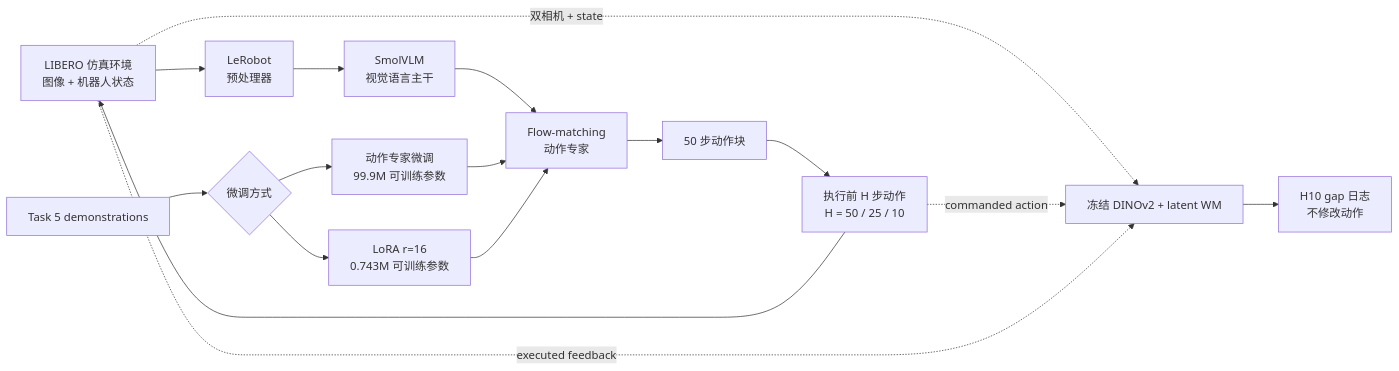
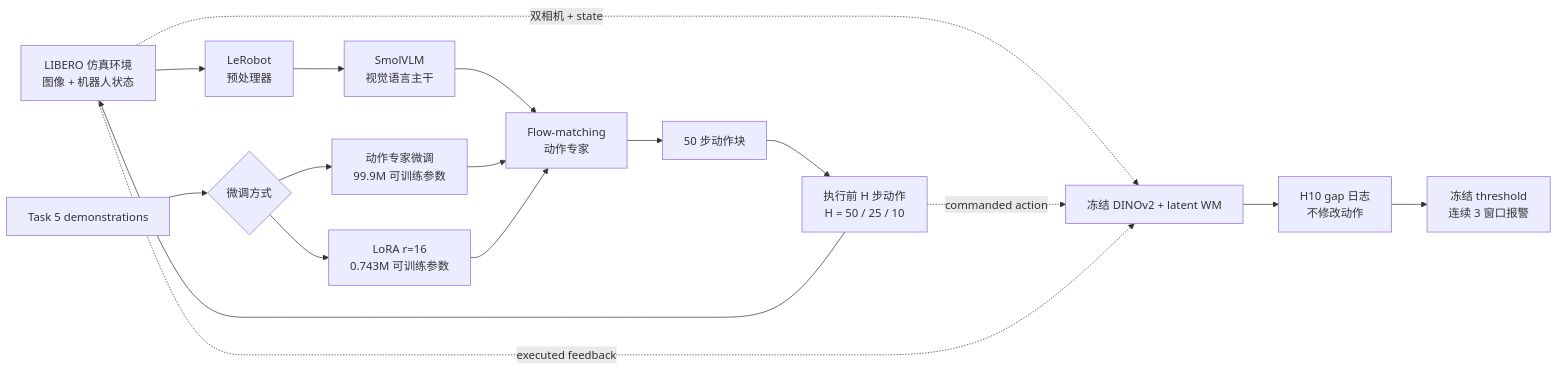
The diagram in README.md (jumpy663-debug/smolvla-libero-closed-loop), drawn with Mermaid before and after one commit. The commit also changed other lines of this file and 15 other files, not shown here.

````diff
--- a/README.md
+++ b/README.md
@@ -84,20 +89,21 @@
 ```mermaid
 flowchart LR
     E[LIBERO 仿真环境<br/>图像 + 机器人状态] --> P[LeRobot<br/>预处理器]
     P --> V[SmolVLM<br/>视觉语言主干]
     V --> A[Flow-matching<br/>动作专家]
     A --> C[50 步动作块]
     C --> H[执行前 H 步动作<br/>H = 50 / 25 / 10]
     H --> E
 
     E -. 双相机 + state .-> W[冻结 DINOv2 + latent WM]
     H -. commanded action .-> W
     E -. executed feedback .-> W
     W --> G[H10 gap 日志<br/>不修改动作]
+    G --> T[冻结 threshold<br/>连续 3 窗口报警]
 
     D[Task 5 demonstrations] --> F{微调方式}
     F --> X[动作专家微调<br/>99.9M 可训练参数]
     F --> L[LoRA r=16<br/>0.743M 可训练参数]
     X --> A
     L --> A
 ```
````
